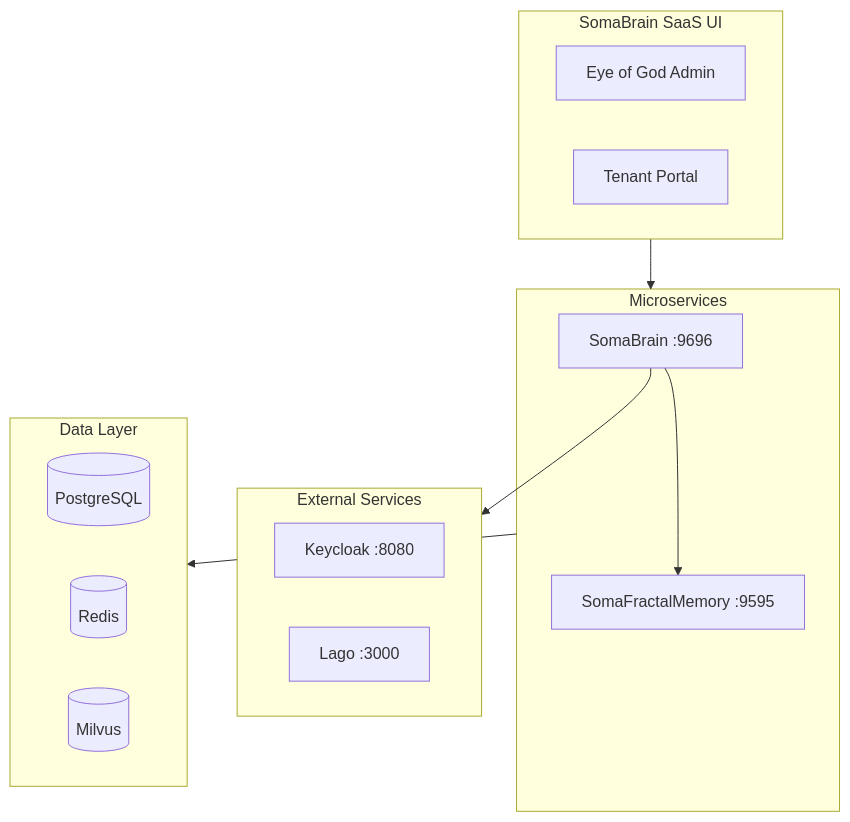
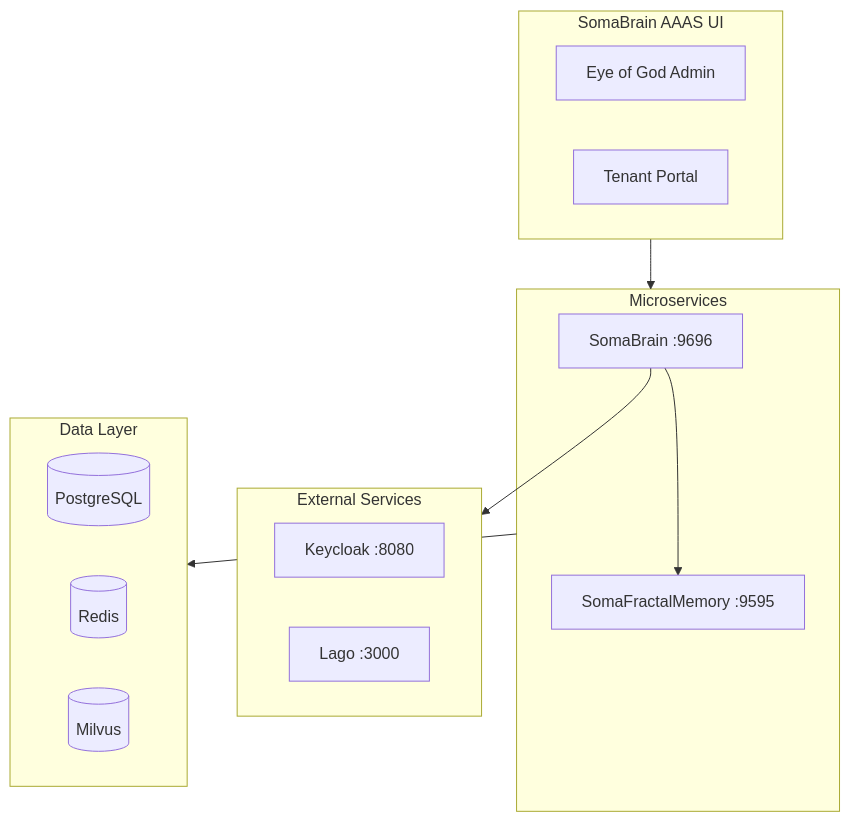
Before and after one commit to somatechlat/somabrain: the diagram in docs/srs/README.md, drawn with Mermaid. The commit also changed other lines of this file and 131 other files, not shown here.

````diff
--- a/docs/srs/README.md
+++ b/docs/srs/README.md
@@ -134,28 +134,28 @@
 ```mermaid
 flowchart TB
-    subgraph UI["SomaBrain SaaS UI"]
+    subgraph UI["SomaBrain AAAS UI"]
         Admin[Eye of God Admin]
         Tenant[Tenant Portal]
     end
     
     subgraph Services["Microservices"]
         SB[SomaBrain :9696]
         SFM[SomaFractalMemory :9595]
     end
     
     subgraph External["External Services"]
         KC[Keycloak :8080]
         Lago[Lago :3000]
     end
     
     subgraph Data["Data Layer"]
         PG[(PostgreSQL)]
         Redis[(Redis)]
         MV[(Milvus)]
     end
     
     UI --> Services
     SB --> SFM
     SB --> External
     Services --> Data
 ```
````
